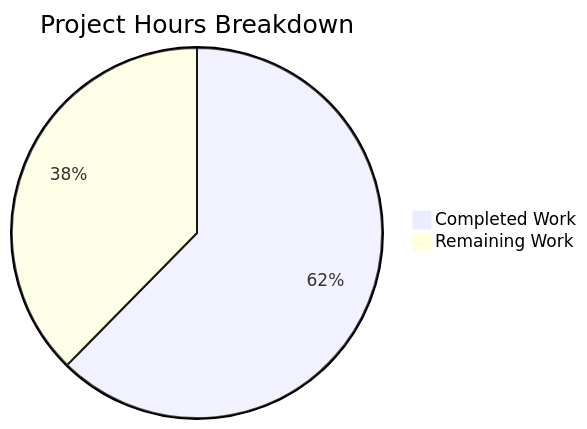
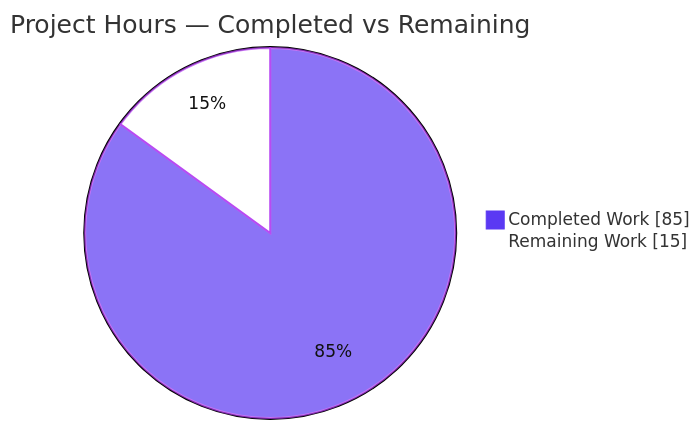
One commit to blitzy-public-samples/blitzy-WebVella-ERP changed the second of 3 diagrams in blitzy/documentation/Project Guide.md. Above: the diagram before and after it, drawn with Mermaid. The commit also changed other lines of this file, not shown here.

Commit message:
Adding Blitzy Project Guide: Project Status and Human Tasks Remaining

````diff
--- a/blitzy/documentation/Project Guide.md
+++ b/blitzy/documentation/Project Guide.md
@@ -55,5 +216,6 @@
 ```mermaid
-pie title Project Hours Breakdown
-    "Completed Work" : 58
-    "Remaining Work" : 35
+%%{init: {'theme':'base', 'themeVariables':{'pie1':'#5B39F3','pie2':'#FFFFFF','pieStrokeColor':'#B23AF2','pieStrokeWidth':'2px','pieOuterStrokeWidth':'2px','pieSectionTextColor':'#111111'}}}%%
+pie showData title Project Hours — Completed vs Remaining
+    "Completed Work" : 85
+    "Remaining Work" : 15
 ```
````
